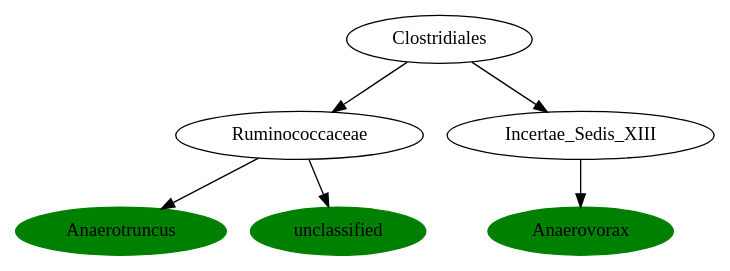
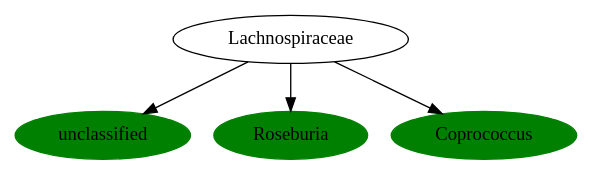
Before and after one commit to AndersHqst/thesis: the diagram in experiments/tmp/phylogenetic-tree/dotfiles/4.dot, drawn with Graphviz. The commit also changed 1139 other files, not shown here.

```diff
--- a/experiments/tmp/phylogenetic-tree/dotfiles/4.dot
+++ b/experiments/tmp/phylogenetic-tree/dotfiles/4.dot
@@ -1,21 +1,15 @@
 digraph G { 
-	RuminococcaceaeAnaerotruncus [label="Anaerotruncus", color="green", style=filled];
-	ClostridialesRuminococcaceae [label="Ruminococcaceae"];
-	RuminococcaceaeAnaerotruncus [label="Anaerotruncus"];
-	ClostridialesRuminococcaceae -> RuminococcaceaeAnaerotruncus;
-	ClostridiaClostridiales [label="Clostridiales"];
-	ClostridialesRuminococcaceae [label="Ruminococcaceae"];
-	ClostridiaClostridiales -> ClostridialesRuminococcaceae;
-	Ruminococcaceaeunclassified [label="unclassified", color="green", style=filled];
-	ClostridialesRuminococcaceae [label="Ruminococcaceae"];
-	Ruminococcaceaeunclassified [label="unclassified"];
-	ClostridialesRuminococcaceae -> Ruminococcaceaeunclassified;
-	Incertae_Sedis_XIIIAnaerovorax [label="Anaerovorax", color="green", style=filled];
-	ClostridialesIncertae_Sedis_XIII [label="Incertae_Sedis_XIII"];
-	Incertae_Sedis_XIIIAnaerovorax [label="Anaerovorax"];
-	ClostridialesIncertae_Sedis_XIII -> Incertae_Sedis_XIIIAnaerovorax;
-	ClostridiaClostridiales [label="Clostridiales"];
-	ClostridialesIncertae_Sedis_XIII [label="Incertae_Sedis_XIII"];
-	ClostridiaClostridiales -> ClostridialesIncertae_Sedis_XIII;
+	Lachnospiraceaeunclassified [label="unclassified", color="green", style=filled];
+	ClostridialesLachnospiraceae [label="Lachnospiraceae"];
+	Lachnospiraceaeunclassified [label="unclassified"];
+	ClostridialesLachnospiraceae -> Lachnospiraceaeunclassified;
+	LachnospiraceaeRoseburia [label="Roseburia", color="green", style=filled];
+	ClostridialesLachnospiraceae [label="Lachnospiraceae"];
+	LachnospiraceaeRoseburia [label="Roseburia"];
+	ClostridialesLachnospiraceae -> LachnospiraceaeRoseburia;
+	LachnospiraceaeCoprococcus [label="Coprococcus", color="green", style=filled];
+	ClostridialesLachnospiraceae [label="Lachnospiraceae"];
+	LachnospiraceaeCoprococcus [label="Coprococcus"];
+	ClostridialesLachnospiraceae -> LachnospiraceaeCoprococcus;
 
  }
```
